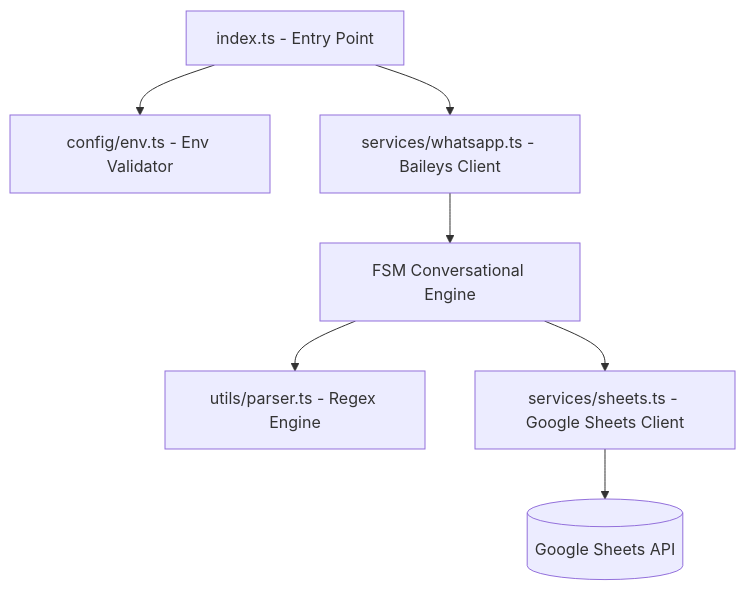
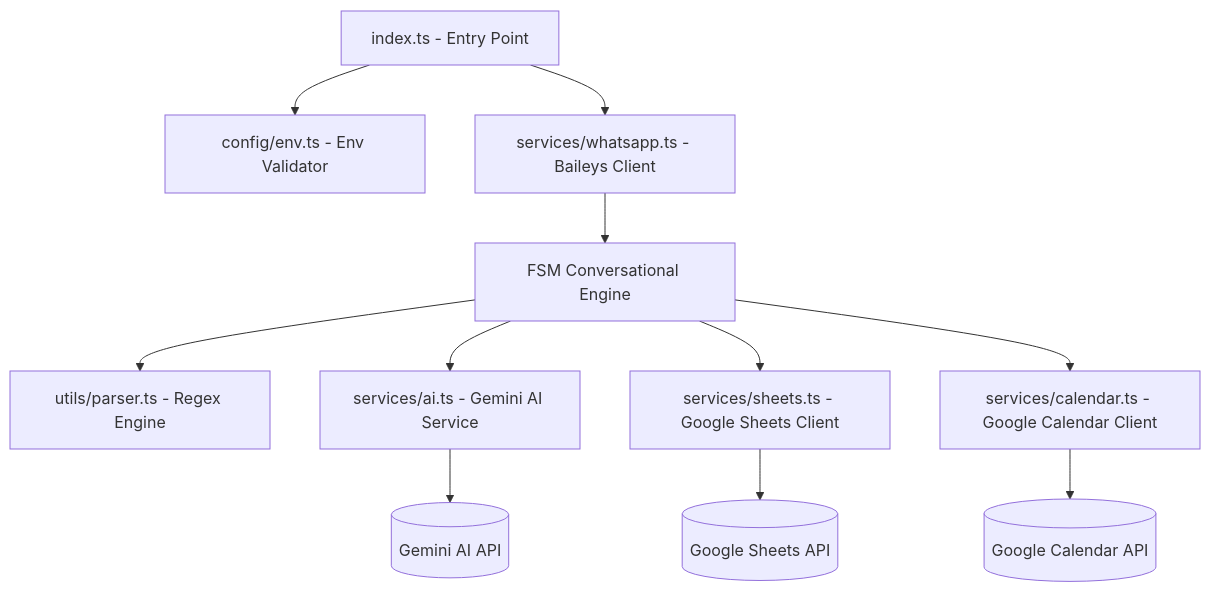
One commit to Alecwce/automatizacion-whatsapp-odontologia changed the first of 2 diagrams in docs/walkthrough.md. Above: the diagram before and after it, drawn with Mermaid. The commit also changed other lines of this file and 17 other files, not shown here.

````diff
--- a/docs/walkthrough.md
+++ b/docs/walkthrough.md
@@ -11,9 +11,13 @@
 ```mermaid
 graph TD
     A[index.ts - Entry Point] --> B[config/env.ts - Env Validator]
     A --> C[services/whatsapp.ts - Baileys Client]
     C --> D[FSM Conversational Engine]
     D --> E[utils/parser.ts - Regex Engine]
+    D --> J[services/ai.ts - Gemini AI Service]
     D --> F[services/sheets.ts - Google Sheets Client]
+    D --> H[services/calendar.ts - Google Calendar Client]
     F --> G[(Google Sheets API)]
+    H --> I[(Google Calendar API)]
+    J --> K[(Gemini AI API)]
 ```
````
